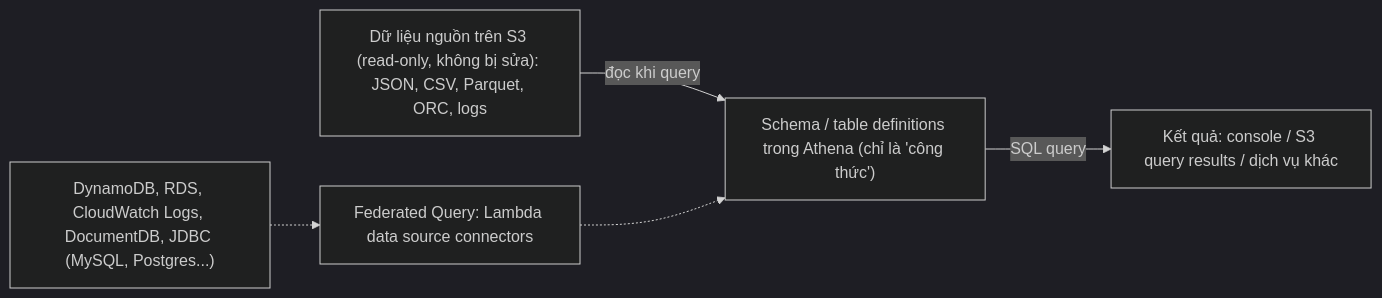
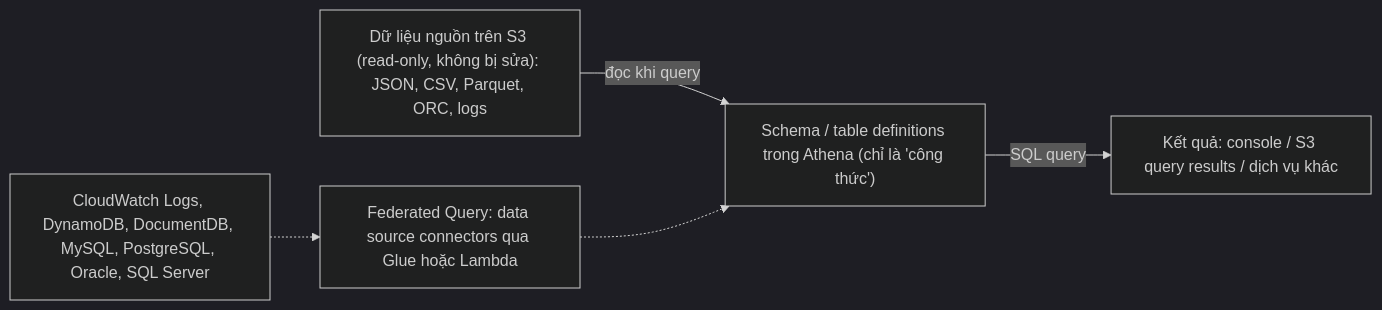
One commit to hairbui76/aws-saa-c03 changed the diagram in data/20 NoSQL and Analytics/Athena.md. Above: the diagram before and after it, drawn with Mermaid (dark theme). The commit also changed other lines of this file and 74 other files, not shown here.

````diff
--- a/data/20 NoSQL and Analytics/Athena.md
+++ b/data/20 NoSQL and Analytics/Athena.md
@@ -29,7 +40,7 @@
 ```mermaid
 flowchart LR
     S3["Dữ liệu nguồn trên S3 (read-only, không bị sửa): JSON, CSV, Parquet, ORC, logs"] -->|"đọc khi query"| SCH["Schema / table definitions trong Athena (chỉ là 'công thức')"]
     SCH -->|"SQL query"| OUT["Kết quả: console / S3 query results / dịch vụ khác"]
-    FQ["Federated Query: Lambda data source connectors"] -.-> SCH
-    SRC2["DynamoDB, RDS, CloudWatch Logs, DocumentDB, JDBC (MySQL, Postgres...)"] -.-> FQ
+    FQ["Federated Query: data source connectors qua Glue hoặc Lambda"] -.-> SCH
+    SRC2["CloudWatch Logs, DynamoDB, DocumentDB, MySQL, PostgreSQL, Oracle, SQL Server"] -.-> FQ
 ```
````
